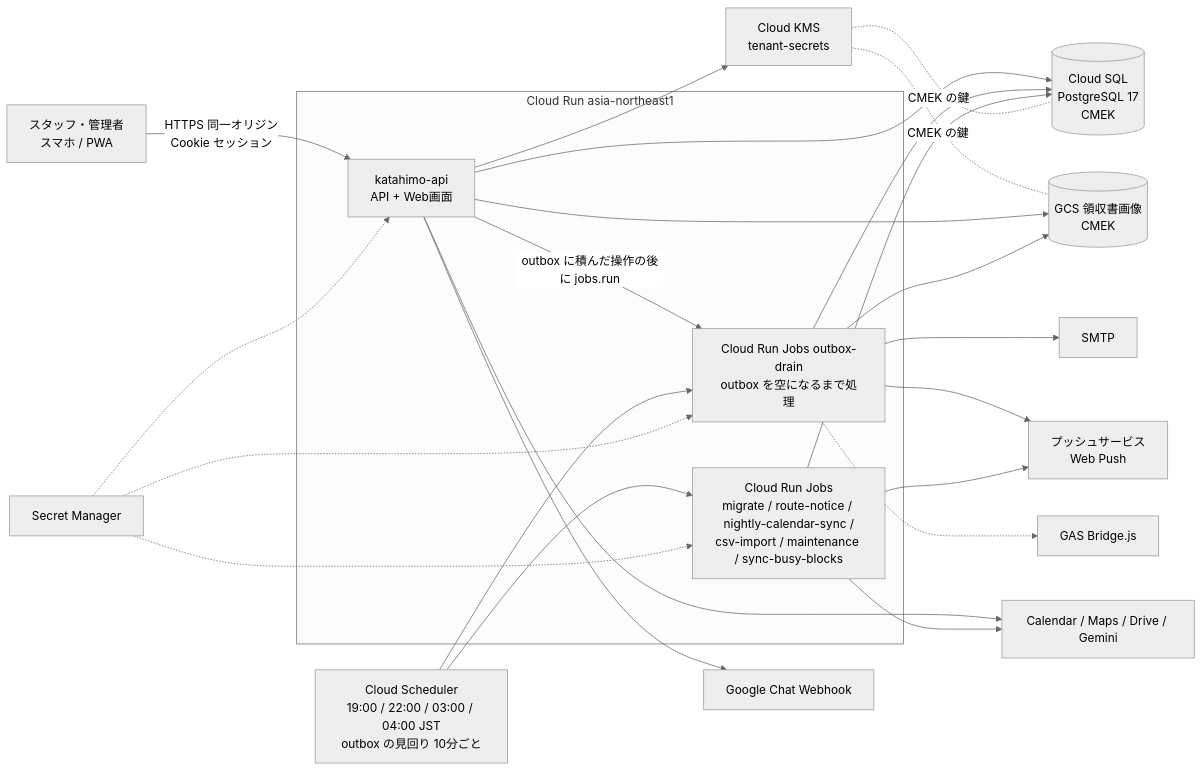
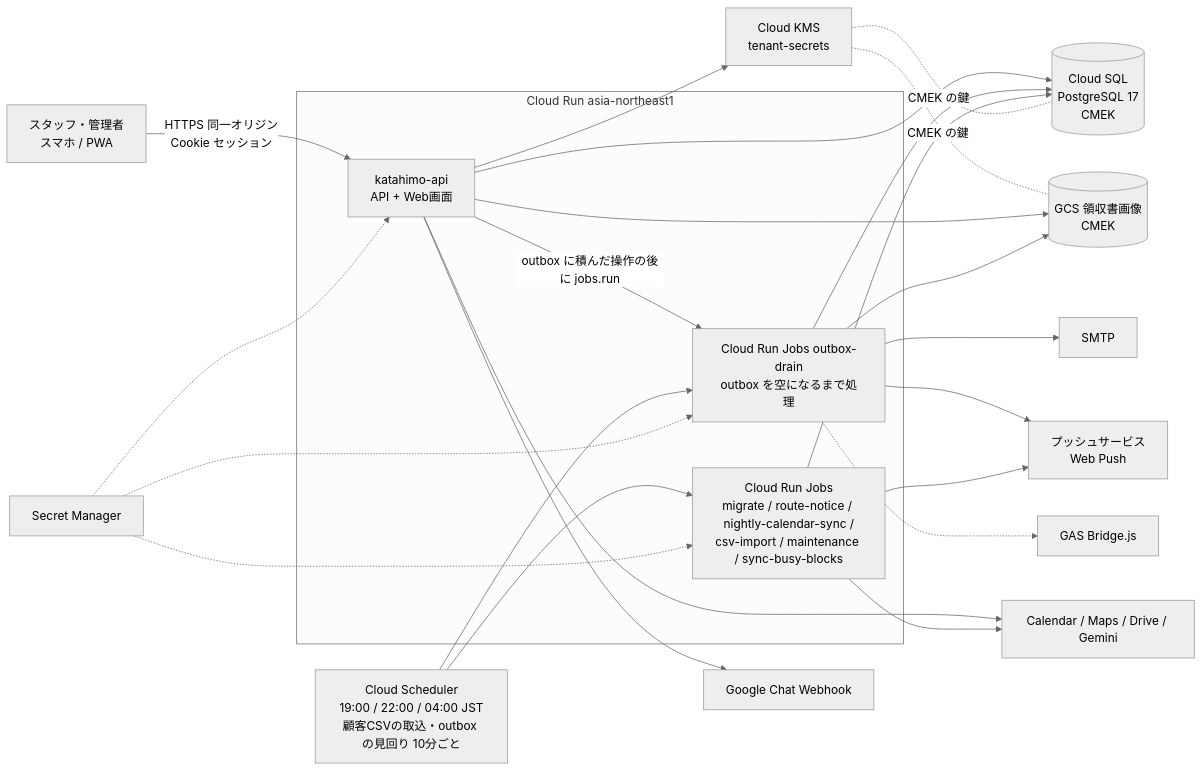
One commit to katahimo-dev/katahimo-app changed the fourth of 5 diagrams in doc/01_システム概要.md. Above: the diagram before and after it, drawn with Mermaid (neutral theme). The commit also changed other lines of this file and 30 other files, not shown here.

````diff
--- a/doc/01_システム概要.md
+++ b/doc/01_システム概要.md
@@ -148,22 +148,22 @@
 ```mermaid
 flowchart LR
   user[スタッフ・管理者<br/>スマホ / PWA] -->|HTTPS 同一オリジン<br/>Cookie セッション| api
   subgraph run[Cloud Run asia-northeast1]
     api[katahimo-api<br/>API + Web画面]
     drain[Cloud Run Jobs outbox-drain<br/>outbox を空になるまで処理]
     jobs[Cloud Run Jobs<br/>migrate / route-notice / nightly-calendar-sync /<br/>csv-import / maintenance / sync-busy-blocks]
   end
   api -->|outbox に積んだ操作の後に jobs.run| drain
-  sched[Cloud Scheduler<br/>19:00 / 22:00 / 03:00 / 04:00 JST<br/>outbox の見回り 10分ごと] --> jobs & drain
+  sched[Cloud Scheduler<br/>19:00 / 22:00 / 04:00 JST<br/>顧客CSVの取込・outbox の見回り 10分ごと] --> jobs & drain
   api & drain & jobs --> sql[(Cloud SQL<br/>PostgreSQL 17<br/>CMEK)]
   api --> kms[Cloud KMS<br/>tenant-secrets]
   kms -.-|CMEK の鍵| sql & gcs
   sm[Secret Manager] -.-> api & drain & jobs
   api --> gcs[(GCS 領収書画像<br/>CMEK)]
   drain --> gcs
   api & jobs --> google[Calendar / Maps / Drive / Gemini]
   api --> chat[Google Chat Webhook]
   drain --> smtp[SMTP]
   drain & jobs --> push[プッシュサービス<br/>Web Push]
   drain -.-> bridge[GAS Bridge.js]
 ```
````
